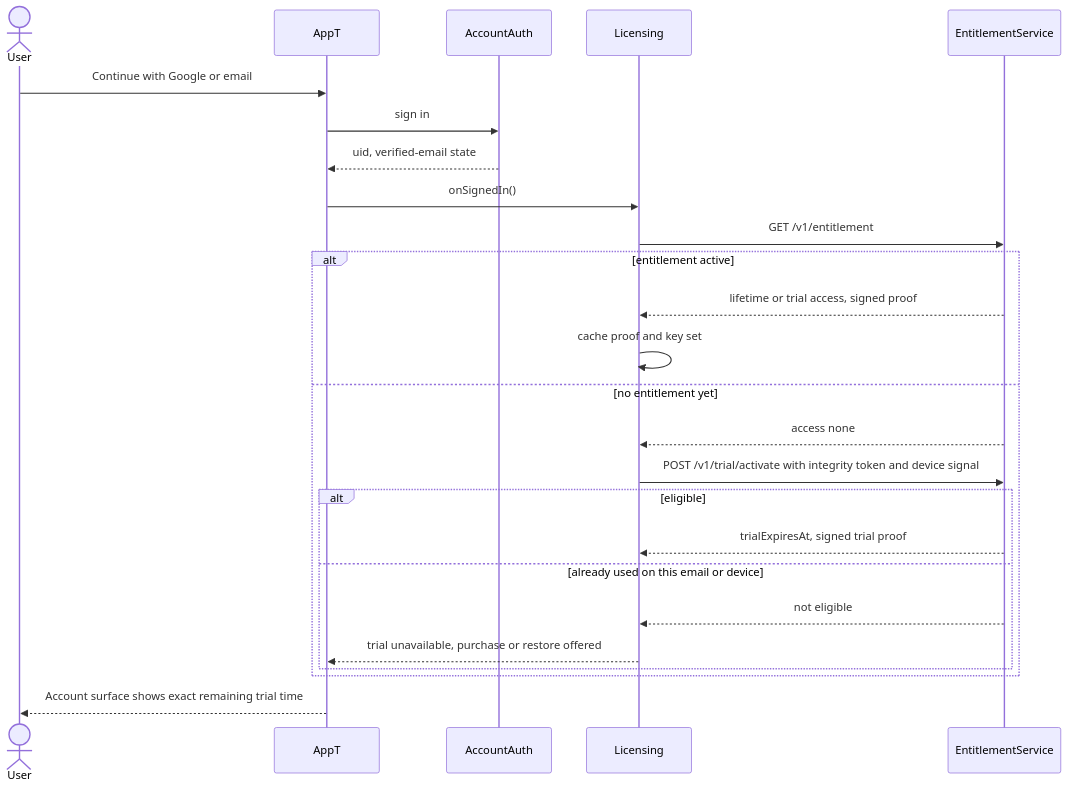
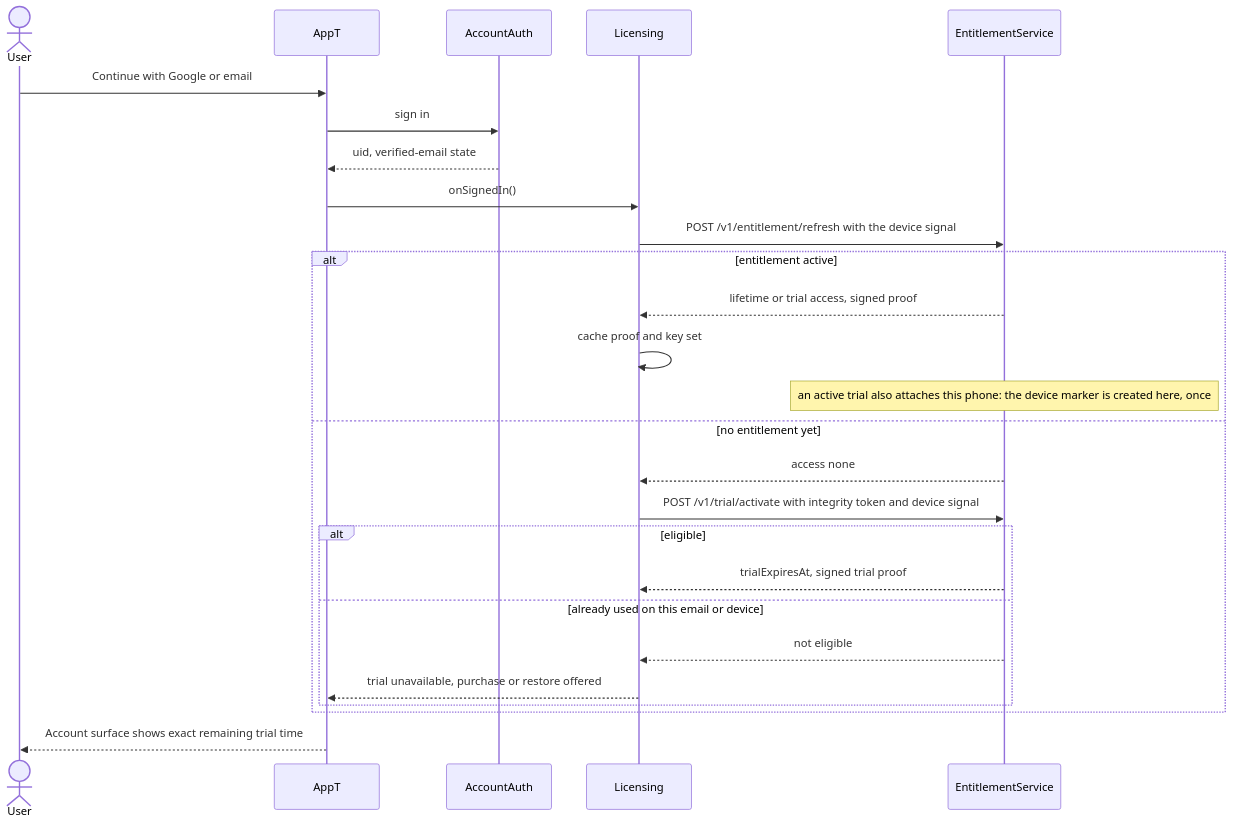
One commit to anthracite-labs/AppT changed the third of 14 diagrams in docs/architecture/flows.md. Above: the diagram before and after it, drawn with Mermaid. The commit also changed other lines of this file and 17 other files, not shown here.

````diff
--- a/docs/architecture/flows.md
+++ b/docs/architecture/flows.md
@@ -79,27 +79,28 @@
 ```mermaid
 sequenceDiagram
   actor User
   participant App as AppT
   participant Auth as AccountAuth
   participant Lic as Licensing
   participant Fn as EntitlementService
   User->>App: Continue with Google or email
   App->>Auth: sign in
   Auth-->>App: uid, verified-email state
   App->>Lic: onSignedIn()
-  Lic->>Fn: GET /v1/entitlement
+  Lic->>Fn: POST /v1/entitlement/refresh with the device signal
   alt entitlement active
     Fn-->>Lic: lifetime or trial access, signed proof
     Lic->>Lic: cache proof and key set
+    Note over Fn: an active trial also attaches this phone: the device marker is created here, once
   else no entitlement yet
     Fn-->>Lic: access none
     Lic->>Fn: POST /v1/trial/activate with integrity token and device signal
     alt eligible
       Fn-->>Lic: trialExpiresAt, signed trial proof
     else already used on this email or device
       Fn-->>Lic: not eligible
       Lic-->>App: trial unavailable, purchase or restore offered
     end
   end
   App-->>User: Account surface shows exact remaining trial time
 ```
````
